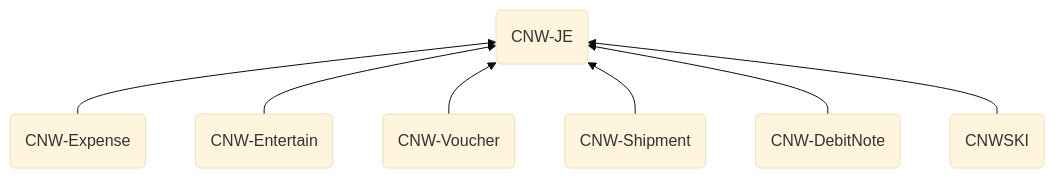
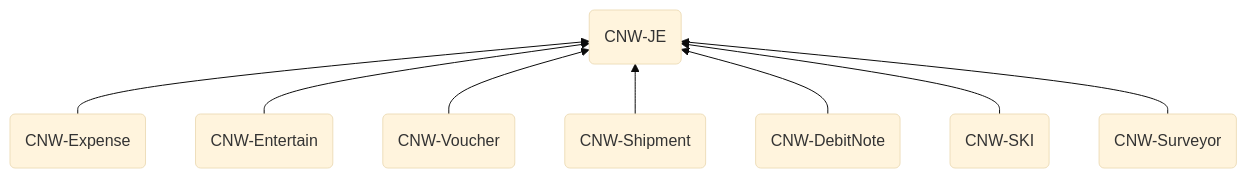
Before and after one commit to andyut/cnw_doc: the third of 5 diagrams in cnw_je_doc.md, drawn with Mermaid (base theme). The commit also changed other lines of this file, not shown here.

Commit message:
cnw_je_doc.md updated from https://stackedit.io/

````diff
--- a/cnw_je_doc.md
+++ b/cnw_je_doc.md
@@ -41,11 +41,12 @@
 ```mermaid
 graph BT
 A(CNW-Expense) --> B(CNW-JE)
 A1(CNW-Entertain) --> B(CNW-JE)
 A2(CNW-Voucher) --> B(CNW-JE)
 A3(CNW-Shipment) --> B(CNW-JE)
 A4(CNW-DebitNote) --> B(CNW-JE)
-A5(CNWSKI) --> B(CNW-JE)
+A5(CNW-SKI) --> B(CNW-JE)
+A6(CNW-Surveyor) --> B(CNW-JE)
 
 
 ```
````
